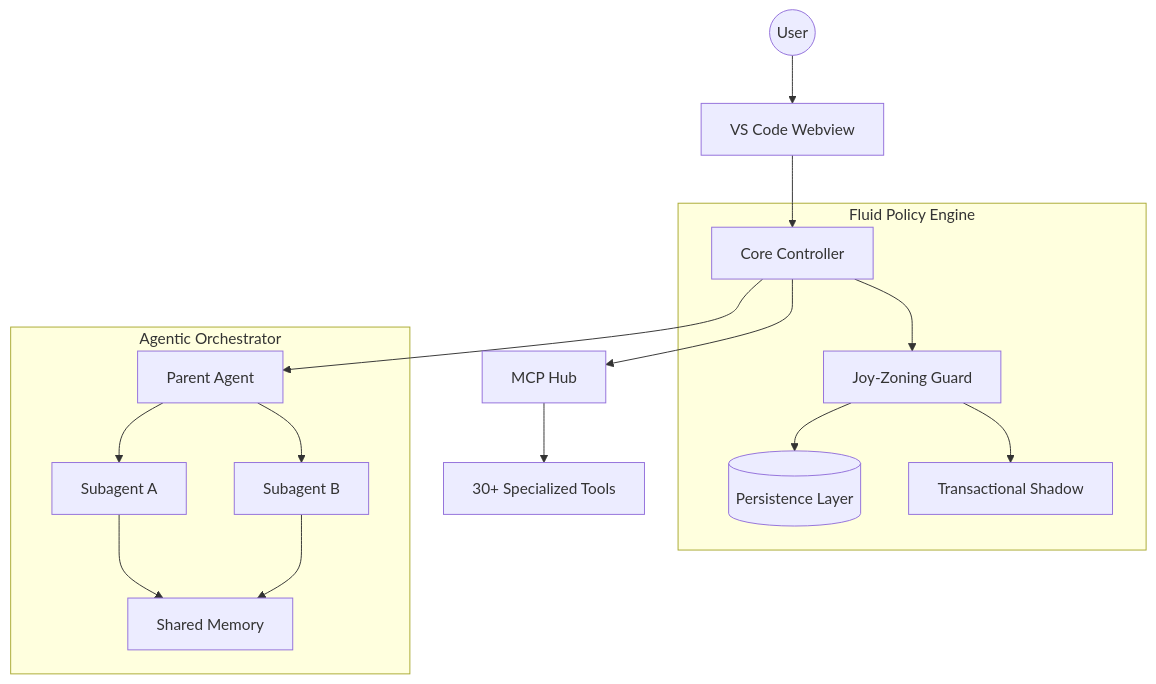
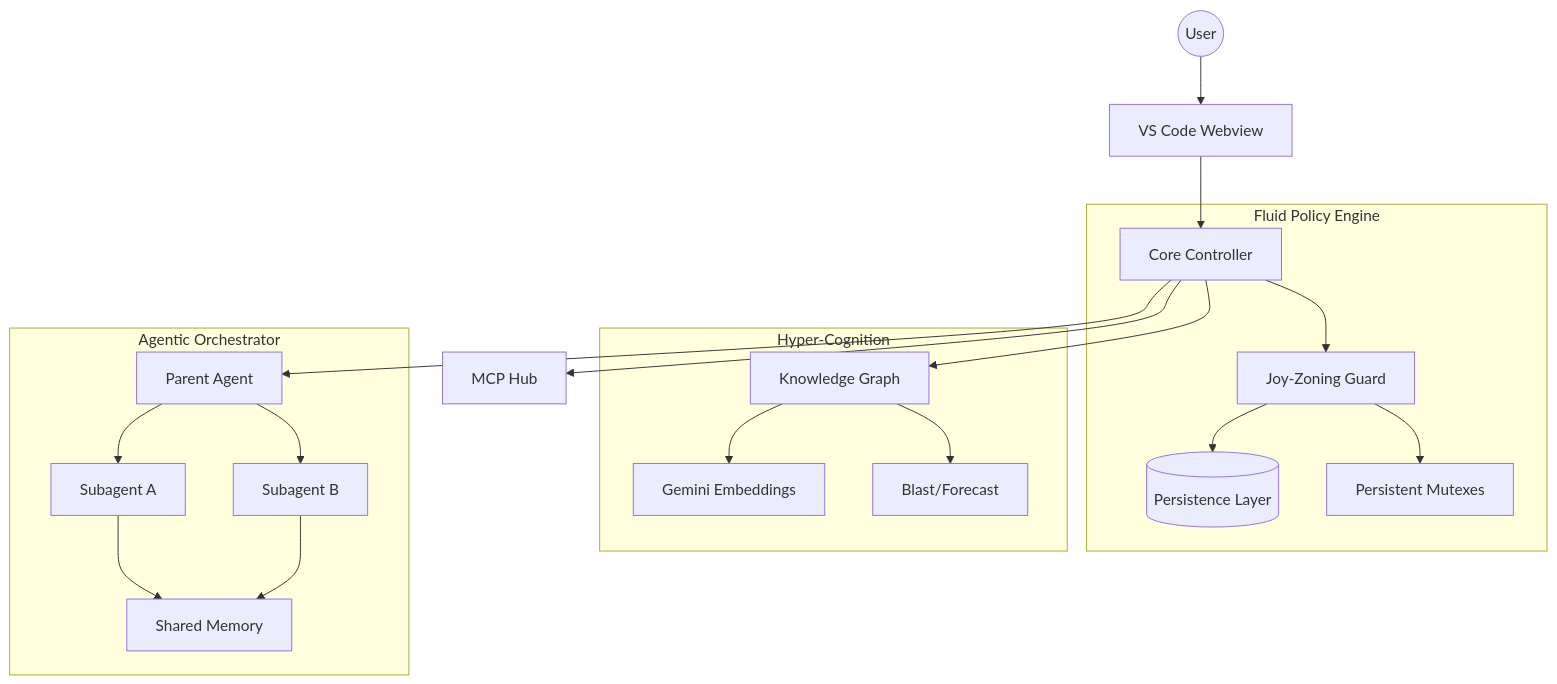
The diagram in README.md (CardSorting/codemarie), drawn with Mermaid before and after one commit. The commit also changed other lines of this file and 54 other files, not shown here.

````diff
--- a/README.md
+++ b/README.md
@@ -65,21 +59,26 @@
 ```mermaid
 graph TD
     User((User)) --> Webview[VS Code Webview]
     Webview --> Controller[Core Controller]
     
     subgraph "Fluid Policy Engine"
         Controller --> JoyZoning[Joy-Zoning Guard]
         JoyZoning --> SQLite[(Persistence Layer)]
-        JoyZoning --> ShadowBuffer[Transactional Shadow]
+        JoyZoning --> Mutex[Persistent Mutexes]
+    end
+    
+    subgraph "Hyper-Cognition"
+        Controller --> Graph[Knowledge Graph]
+        Graph --> Embeddings[Gemini Embeddings]
+        Graph --> Analysis[Blast/Forecast]
     end
     
     subgraph "Agentic Orchestrator"
         Controller --> ParentStream[Parent Agent]
         ParentStream --> Subagent1[Subagent A]
         ParentStream --> Subagent2[Subagent B]
         Subagent1 & Subagent2 --> SharedMemory[Shared Memory]
     end
     
     Controller --> MCP[MCP Hub]
-    MCP --> Tools[30+ Specialized Tools]
 ```
````
